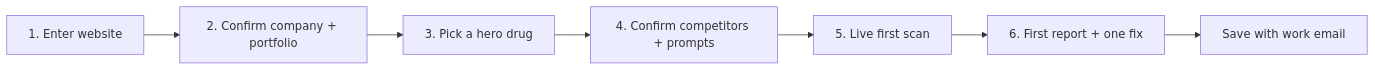
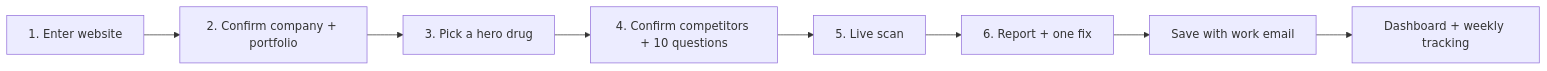
One commit to Yan-Sidoryk/Aeon changed the diagram in docs/user-journey-pharma-onboarding.md. Above: the diagram before and after it, drawn with Mermaid. The commit also changed other lines of this file and 35 other files, not shown here.

````diff
--- a/docs/user-journey-pharma-onboarding.md
+++ b/docs/user-journey-pharma-onboarding.md
@@ -44,9 +47,10 @@
 ```mermaid
 flowchart LR
   A[1. Enter website] --> B[2. Confirm company + portfolio]
   B --> C[3. Pick a hero drug]
-  C --> D[4. Confirm competitors + prompts]
-  D --> E[5. Live first scan]
-  E --> F[6. First report + one fix]
+  C --> D[4. Confirm competitors + 10 questions]
+  D --> E[5. Live scan]
+  E --> F[6. Report + one fix]
   F --> G[Save with work email]
+  G --> H[Dashboard + weekly tracking]
 ```
````
